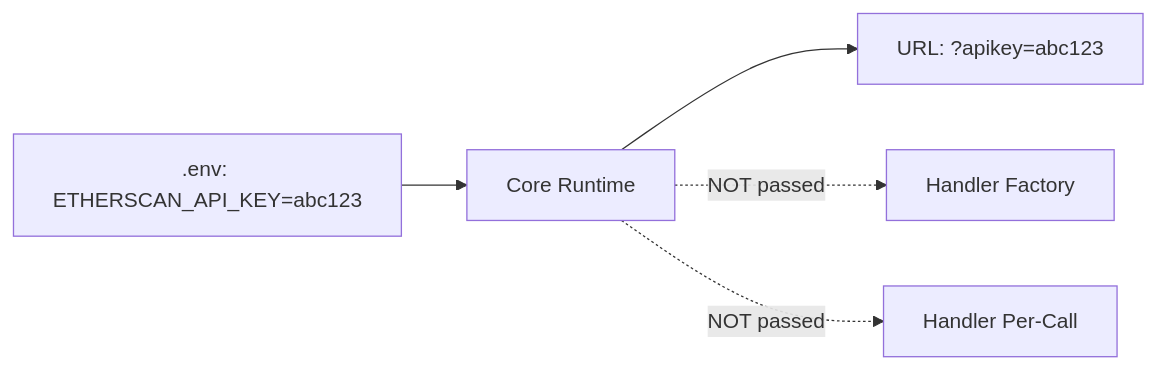
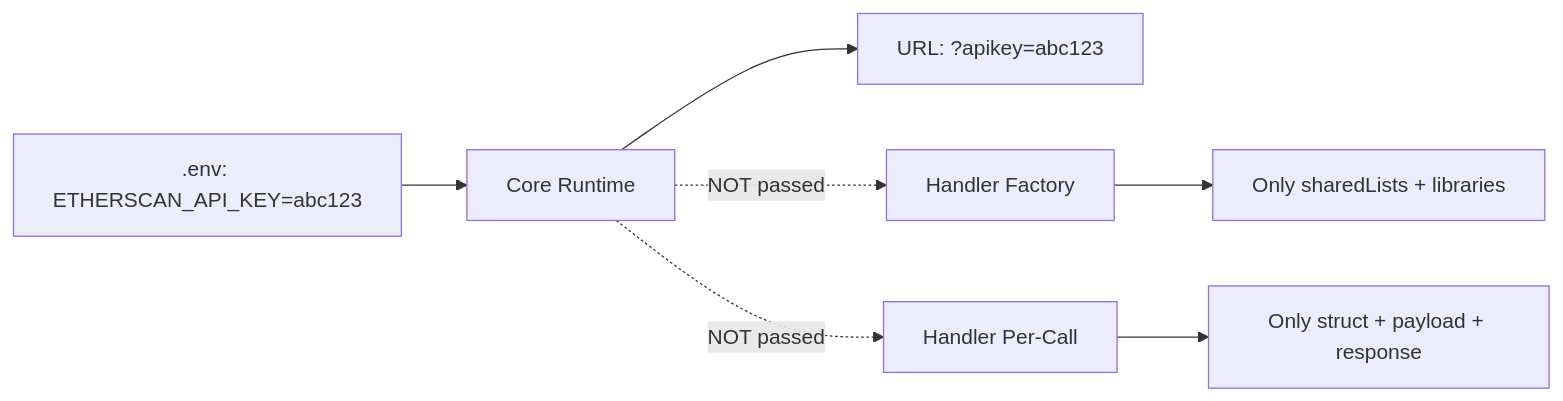
Before and after one commit to FlowMCP/flowmcp.github.io: the third of 3 diagrams in src/content/docs/specification/security.md, drawn with Mermaid. The commit also changed other lines of this file and 45 other files, not shown here.

````diff
--- a/src/content/docs/specification/security.md
+++ b/src/content/docs/specification/security.md
@@ -192,7 +240,9 @@
 ```mermaid
 flowchart LR
     A[".env: ETHERSCAN_API_KEY=abc123"] --> B[Core Runtime]
     B --> C["URL: ?apikey=abc123"]
     B -.->|NOT passed| D[Handler Factory]
+    D --> E["Only sharedLists + libraries"]
     B -.->|NOT passed| F[Handler Per-Call]
+    F --> G["Only struct + payload + response"]
 ```
````
